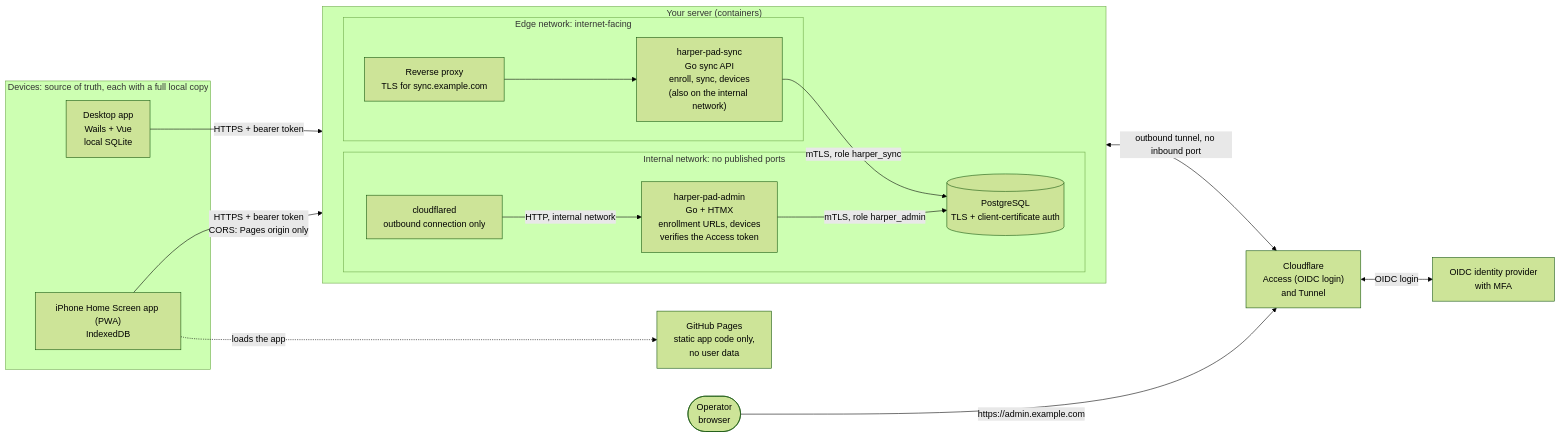
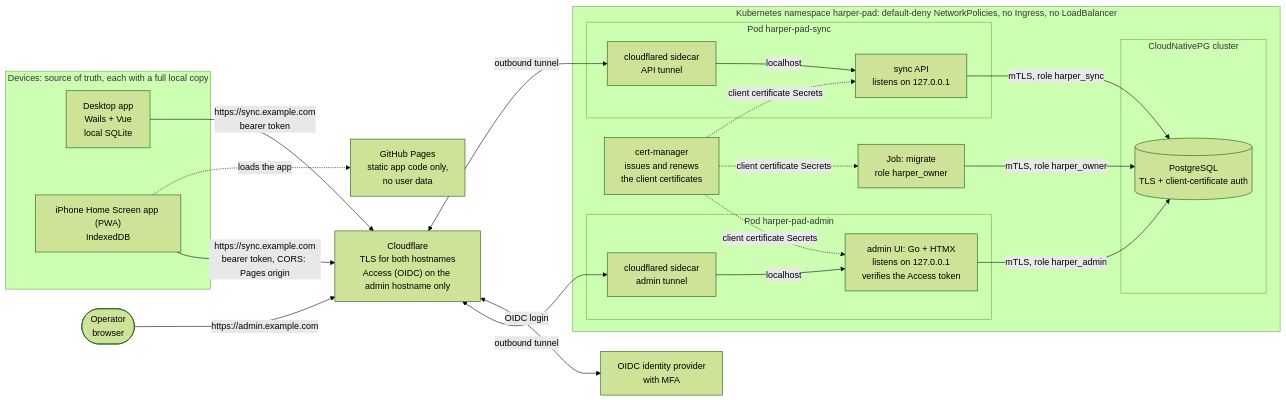
The first of 2 diagrams in docs/sync.md (cthtrifork/harper-pad), drawn with Mermaid (forest theme) before and after one commit. The commit also changed other lines of this file and 1 other file, not shown here.

First line of the commit message:
docs(sync): deploy on Kubernetes with CloudNativePG and Cloudflare sidecars

````diff
--- a/docs/sync.md
+++ b/docs/sync.md
@@ -77,35 +77,43 @@
 ```mermaid
 flowchart LR
   subgraph clients["Devices: source of truth, each with a full local copy"]
     desktop["Desktop app<br/>Wails + Vue<br/>local SQLite"]
     pwa["iPhone Home Screen app (PWA)<br/>IndexedDB"]
   end
   pages["GitHub Pages<br/>static app code only,<br/>no user data"]
   operator(["Operator<br/>browser"])
   idp["OIDC identity provider<br/>with MFA"]
-  cf["Cloudflare<br/>Access (OIDC login)<br/>and Tunnel"]
+  cf["Cloudflare<br/>TLS for both hostnames<br/>Access (OIDC) on the admin hostname only"]
 
-  subgraph host["Your server (containers)"]
-    direction LR
-    subgraph edge["Edge network: internet-facing"]
-      proxy["Reverse proxy<br/>TLS for sync.example.com"]
-      api["harper-pad-sync<br/>Go sync API<br/>enroll, sync, devices<br/>(also on the internal network)"]
+  subgraph k8s["Kubernetes namespace harper-pad: default-deny NetworkPolicies, no Ingress, no LoadBalancer"]
+    subgraph apipod["Pod harper-pad-sync"]
+      cfd1["cloudflared sidecar<br/>API tunnel"]
+      api["sync API<br/>listens on 127.0.0.1"]
     end
-    subgraph internal["Internal network: no published ports"]
+    subgraph adminpod["Pod harper-pad-admin"]
+      cfd2["cloudflared sidecar<br/>admin tunnel"]
+      admin["admin UI: Go + HTMX<br/>listens on 127.0.0.1<br/>verifies the Access token"]
+    end
+    job["Job: migrate<br/>role harper_owner"]
+    subgraph cnpg["CloudNativePG cluster"]
       pg[("PostgreSQL<br/>TLS + client-certificate auth")]
-      admin["harper-pad-admin<br/>Go + HTMX<br/>enrollment URLs, devices<br/>verifies the Access token"]
-      cfd["cloudflared<br/>outbound connection only"]
     end
+    cm["cert-manager<br/>issues and renews<br/>the client certificates"]
   end
 
   pwa -. "loads the app" .-> pages
-  desktop -->|"HTTPS + bearer token"| proxy
-  pwa -->|"HTTPS + bearer token<br/>CORS: Pages origin only"| proxy
-  proxy --> api
+  desktop -->|"https://sync.example.com<br/>bearer token"| cf
+  pwa -->|"https://sync.example.com<br/>bearer token, CORS: Pages origin"| cf
+  cf <-->|"outbound tunnel"| cfd1
+  cfd1 -->|"localhost"| api
+  operator -->|"https://admin.example.com"| cf
+  cf <-->|"OIDC login"| idp
+  cf <-->|"outbound tunnel"| cfd2
+  cfd2 -->|"localhost"| admin
   api -->|"mTLS, role harper_sync"| pg
   admin -->|"mTLS, role harper_admin"| pg
-  operator -->|"https://admin.example.com"| cf
-  cf <-->|"OIDC login"| idp
-  cfd <-->|"outbound tunnel, no inbound port"| cf
-  cfd -->|"HTTP, internal network"| admin
+  job -->|"mTLS, role harper_owner"| pg
+  cm -. "client certificate Secrets" .-> api
+  cm -. "client certificate Secrets" .-> admin
+  cm -. "client certificate Secrets" .-> job
 ```
````
